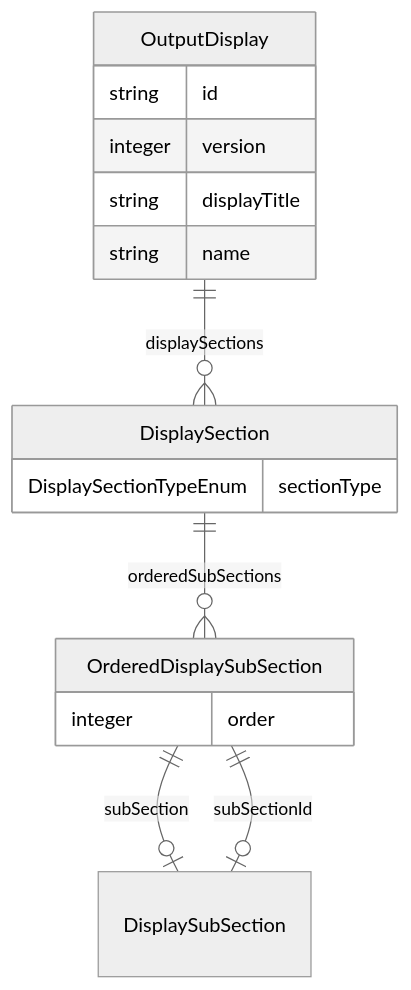
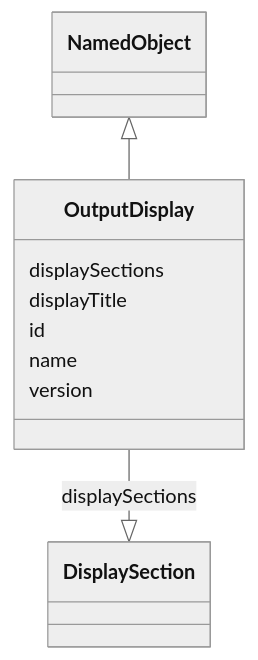
Before and after one commit to cdisc-org/analysis-results-standard: the diagram in project/docs/OutputDisplay.md, drawn with Mermaid (neutral theme). The commit also changed 256 other files, not shown here.

Commit message:
Documentation diagrams

````diff
--- a/project/docs/OutputDisplay.md
+++ b/project/docs/OutputDisplay.md
@@ -13,21 +15,19 @@
 ```mermaid
-erDiagram
-OutputDisplay {
-    string id  
-    integer version  
-    string displayTitle  
-    string name  
-}
-DisplaySection {
-    DisplaySectionTypeEnum sectionType  
-}
-OrderedDisplaySubSection {
-    integer order  
-}
-
-OutputDisplay ||--}o DisplaySection : "displaySections"
-DisplaySection ||--}o OrderedDisplaySubSection : "orderedSubSections"
-OrderedDisplaySubSection ||--|o DisplaySubSection : "subSection"
-OrderedDisplaySubSection ||--|o DisplaySubSection : "subSectionId"
-
+ classDiagram
+    class OutputDisplay
+      NamedObject <|-- OutputDisplay
+      
+      OutputDisplay : displaySections
+        
+          OutputDisplay --|> DisplaySection : displaySections
+        
+      OutputDisplay : displayTitle
+        
+      OutputDisplay : id
+        
+      OutputDisplay : name
+        
+      OutputDisplay : version
+        
+      
 ```
````
